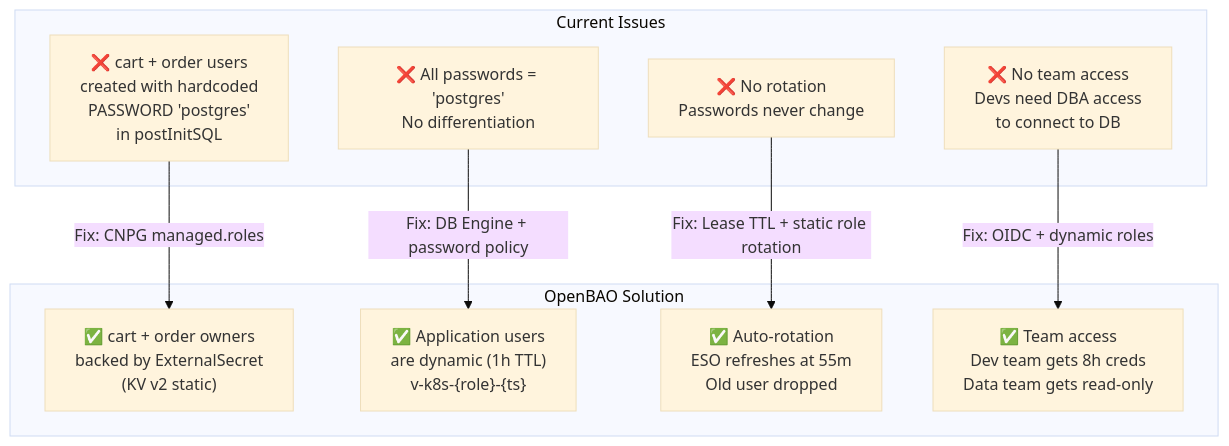
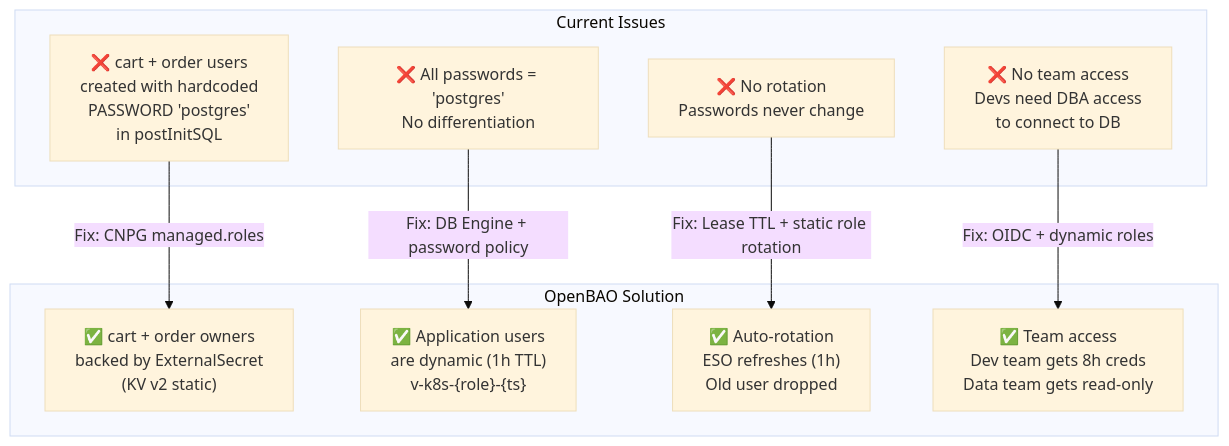
One commit to duynhlab/homelab changed the ninth of 18 diagrams in docs/secrets/README.md. Above: the diagram before and after it, drawn with Mermaid (base theme). The commit also changed other lines of this file and 15 other files, not shown here.

````diff
--- a/docs/secrets/README.md
+++ b/docs/secrets/README.md
@@ -471,21 +471,21 @@
 ```mermaid
 flowchart TD
     subgraph problem["Current Issues"]
         p1["❌ cart + order users\ncreated with hardcoded\nPASSWORD 'postgres'\nin postInitSQL"]
         p2["❌ All passwords = 'postgres'\nNo differentiation"]
         p3["❌ No rotation\nPasswords never change"]
         p4["❌ No team access\nDevs need DBA access\nto connect to DB"]
     end
 
     subgraph solution["OpenBAO Solution"]
         s1["✅ cart + order owners\nbacked by ExternalSecret\n(KV v2 static)"]
         s2["✅ Application users\nare dynamic (1h TTL)\nv-k8s-{role}-{ts}"]
-        s3["✅ Auto-rotation\nESO refreshes at 55m\nOld user dropped"]
+        s3["✅ Auto-rotation\nESO refreshes (1h)\nOld user dropped"]
         s4["✅ Team access\nDev team gets 8h creds\nData team gets read-only"]
     end
 
     p1 -->|"Fix: CNPG managed.roles"| s1
     p2 -->|"Fix: DB Engine + password policy"| s2
     p3 -->|"Fix: Lease TTL + static role rotation"| s3
     p4 -->|"Fix: OIDC + dynamic roles"| s4
 ```
````
